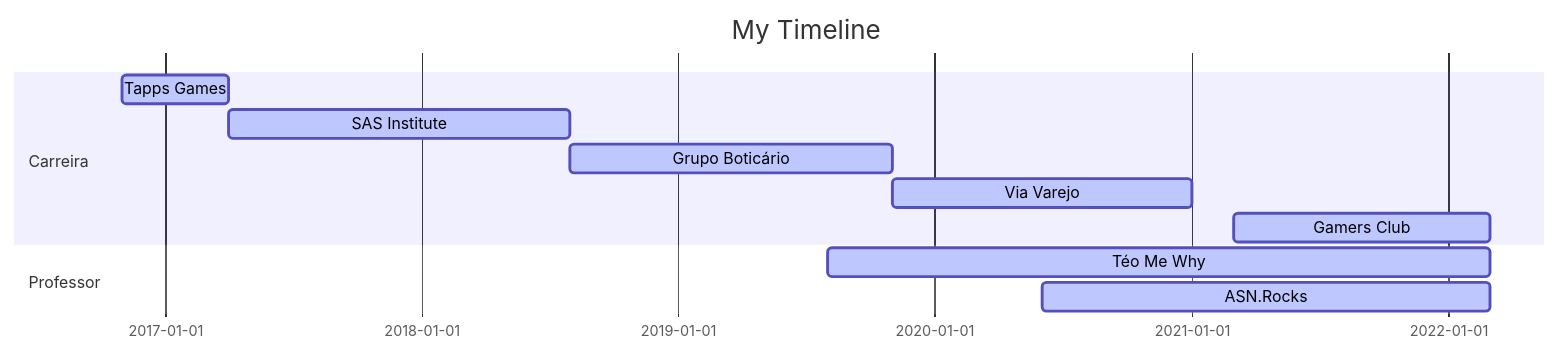
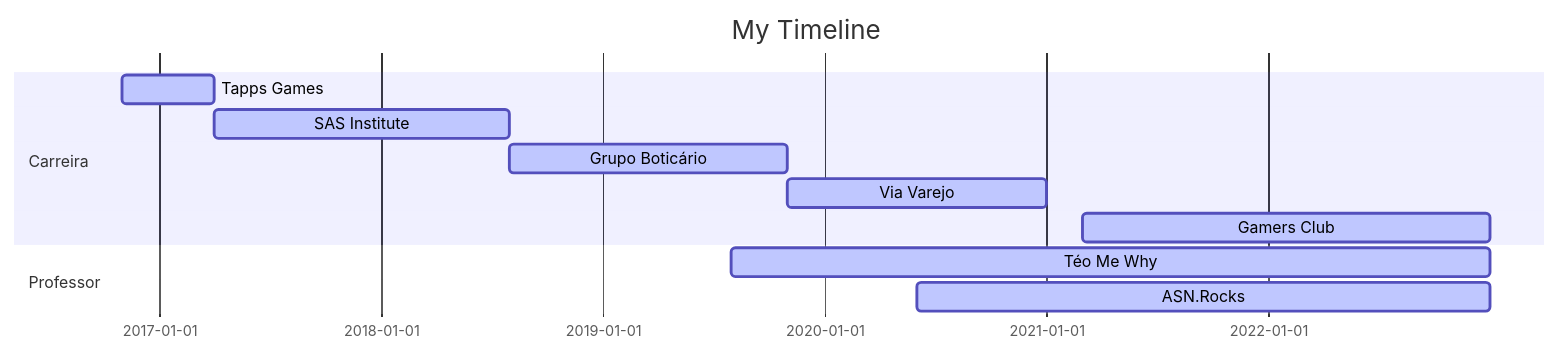
The diagram in README.md (TeoCalvo/TeoCalvo), drawn with Mermaid before and after one commit.

````diff
--- a/README.md
+++ b/README.md
@@ -3,19 +3,19 @@
 ```mermaid
 
 gantt
 dateFormat  YYYY-MM-DD
 title My Timeline
 
 section Carreira
 Tapps Games           :active,, 2016-11-01,2017-04-01
 SAS Institute         :active,, 2017-04-01,2018-08-01
 Grupo Boticário       :active,, 2018-08-01,2019-11-01
 Via Varejo            :active,, 2019-11-01,2021-01-01
-Gamers Club           :active,, 2021-03-01,2022-03-01
+Gamers Club           :active,, 2021-03-01,2022-12-31
 
 section Professor
-Téo Me Why            :active,, 2019-08-01,2022-03-01
-ASN.Rocks             :active,, 2020-06-01,2022-03-01
+Téo Me Why            :active,, 2019-08-01,2022-12-31
+ASN.Rocks             :active,, 2020-06-01,2022-12-31
 
 
 ```
````
